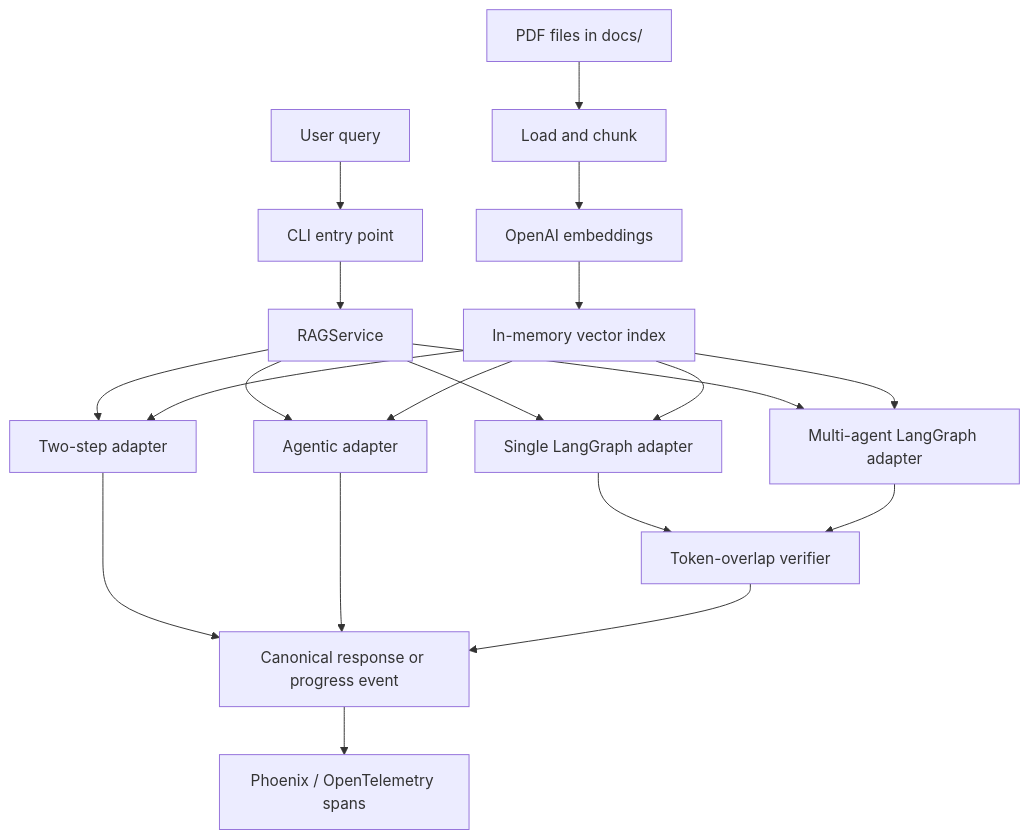
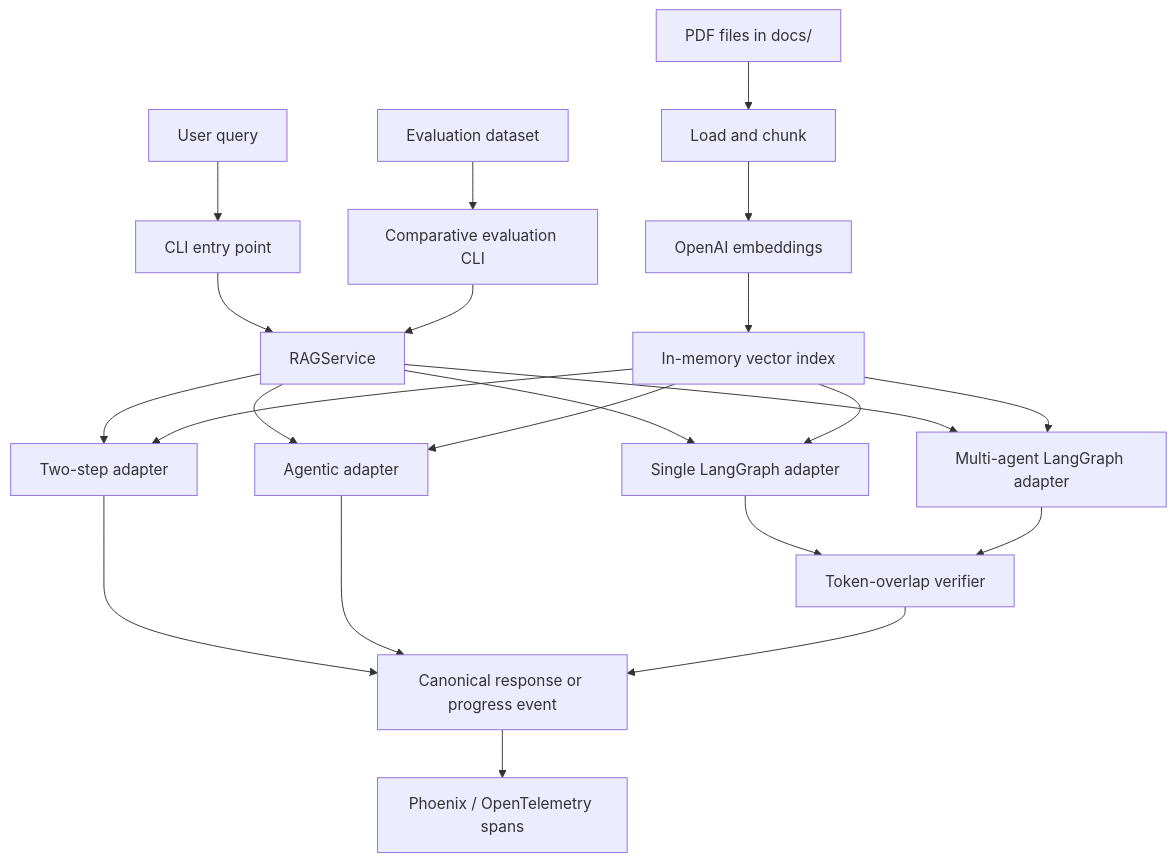
Before and after one commit to neeraj1909/explainable-agentic-rag: the diagram in README.md, drawn with Mermaid. The commit also changed other lines of this file and 10 other files, not shown here.

````diff
--- a/README.md
+++ b/README.md
@@ -79,26 +81,28 @@
 ```mermaid
 flowchart TD
     P[PDF files in docs/] --> L[Load and chunk]
     L --> E[OpenAI embeddings]
     E --> I[In-memory vector index]
 
     Q[User query] --> C[CLI entry point]
+    D[Evaluation dataset] --> EV[Comparative evaluation CLI]
     C --> S[RAGService]
+    EV --> S
     S --> B[Two-step adapter]
     S --> A[Agentic adapter]
     S --> G[Single LangGraph adapter]
     S --> M[Multi-agent LangGraph adapter]
 
     I --> B
     I --> A
     I --> G
     I --> M
 
     B --> O[Canonical response or progress event]
     A --> O
     G --> V[Token-overlap verifier]
     V --> O
     M --> V
 
     O --> T[Phoenix / OpenTelemetry spans]
 ```
````
